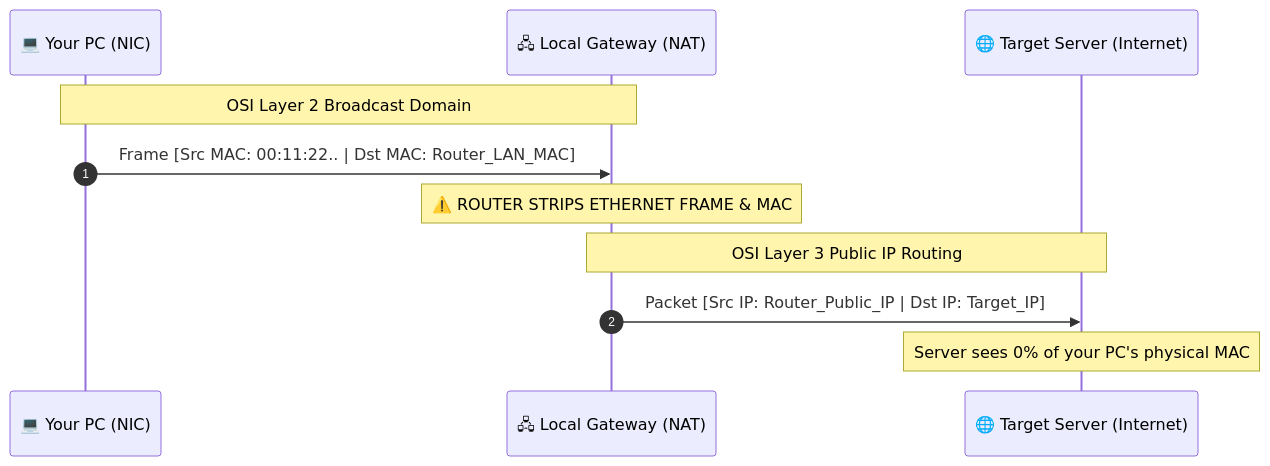
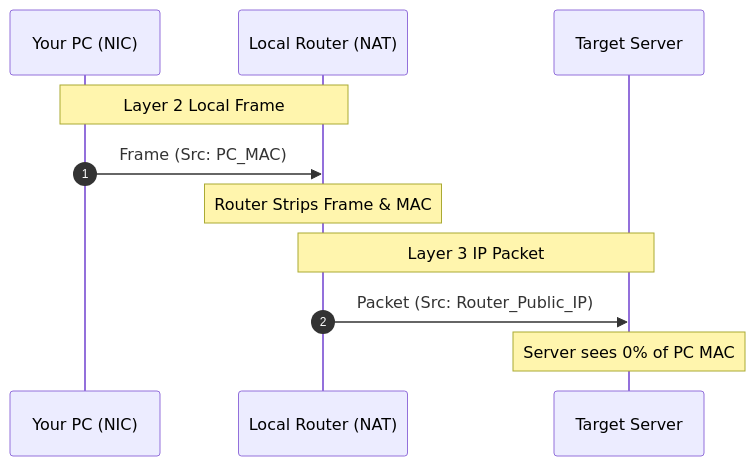
Before and after one commit to DaddyZyn/Cyber-security-notes: the diagram in topics/02-hardware-identifiers/README.md, drawn with Mermaid. The commit also changed 19 other files, not shown here.

Commit message:
fix: overhaul all Mermaid diagrams with clean vertical layouts and short line-wrapping to prevent GitHub clipping

````diff
--- a/topics/02-hardware-identifiers/README.md
+++ b/topics/02-hardware-identifiers/README.md
@@ -43,13 +43,14 @@
 ```mermaid
 sequenceDiagram
     autonumber
-    participant PC as 💻 Your PC (NIC)
-    participant Router as 🖧 Local Gateway (NAT)
-    participant Web as 🌐 Target Server (Internet)
-    Note over PC,Router: OSI Layer 2 Broadcast Domain
-    PC->>Router: Frame [Src MAC: 00:11:22.. | Dst MAC: Router_LAN_MAC]
-    Note over Router: ⚠️ ROUTER STRIPS ETHERNET FRAME & MAC
-    Note over Router,Web: OSI Layer 3 Public IP Routing
-    Router->>Web: Packet [Src IP: Router_Public_IP | Dst IP: Target_IP]
-    Note over Web: Server sees 0% of your PC's physical MAC
+    participant PC as Your PC (NIC)
+    participant Router as Local Router (NAT)
+    participant Web as Target Server
+
+    Note over PC,Router: Layer 2 Local Frame
+    PC->>Router: Frame (Src: PC_MAC)
+    Note over Router: Router Strips Frame & MAC
+    Note over Router,Web: Layer 3 IP Packet
+    Router->>Web: Packet (Src: Router_Public_IP)
+    Note over Web: Server sees 0% of PC MAC
 ```
````
